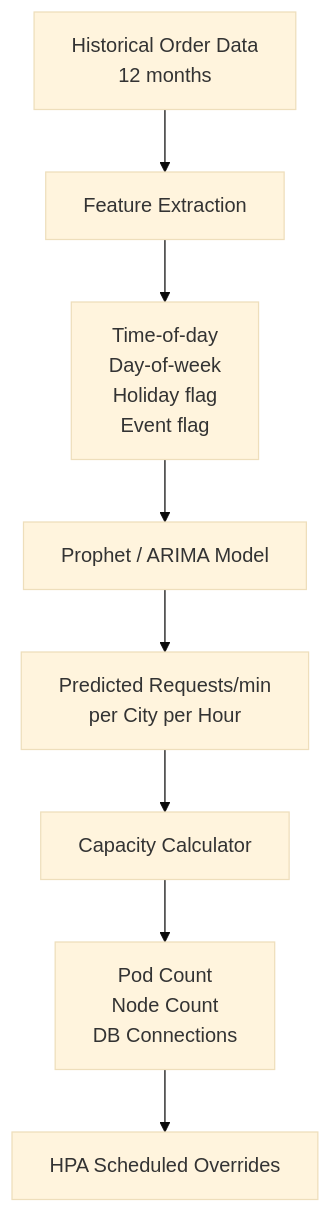
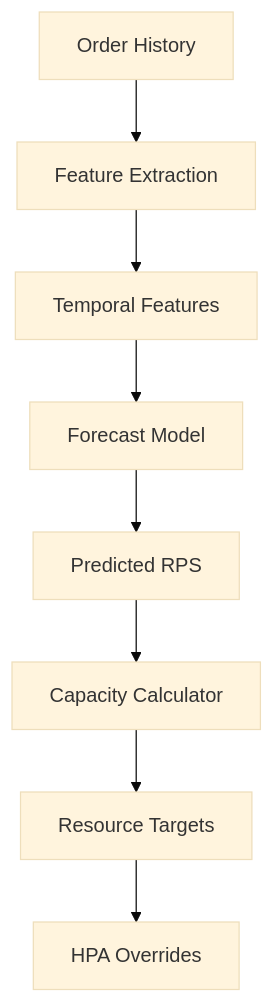
One commit to rishikeshdhokare/platform-manifesto changed the second of 4 diagrams in 04-infrastructure-and-cloud/06-capacity-planning.md. Above: the diagram before and after it, drawn with Mermaid (base theme). The commit also changed other lines of this file and 12 other files, not shown here.

First line of the commit message:
fix: refactor Mermaid diagrams for compliance (#135)

````diff
--- a/04-infrastructure-and-cloud/06-capacity-planning.md
+++ b/04-infrastructure-and-cloud/06-capacity-planning.md
@@ -72,11 +76,11 @@
 ```mermaid
 flowchart TD
-    A[Historical Order Data\n12 months] --> B[Feature Extraction]
-    B --> C[Time-of-day\nDay-of-week\nHoliday flag\nEvent flag]
-    C --> D[Prophet / ARIMA Model]
-    D --> E[Predicted Requests/min\nper City per Hour]
+    A[Order History] --> B[Feature Extraction]
+    B --> C[Temporal Features]
+    C --> D[Forecast Model]
+    D --> E[Predicted RPS]
     E --> F[Capacity Calculator]
-    F --> G[Pod Count\nNode Count\nDB Connections]
-    G --> H[HPA Scheduled Overrides]
+    F --> G[Resource Targets]
+    G --> H[HPA Overrides]
 
 ```
````
